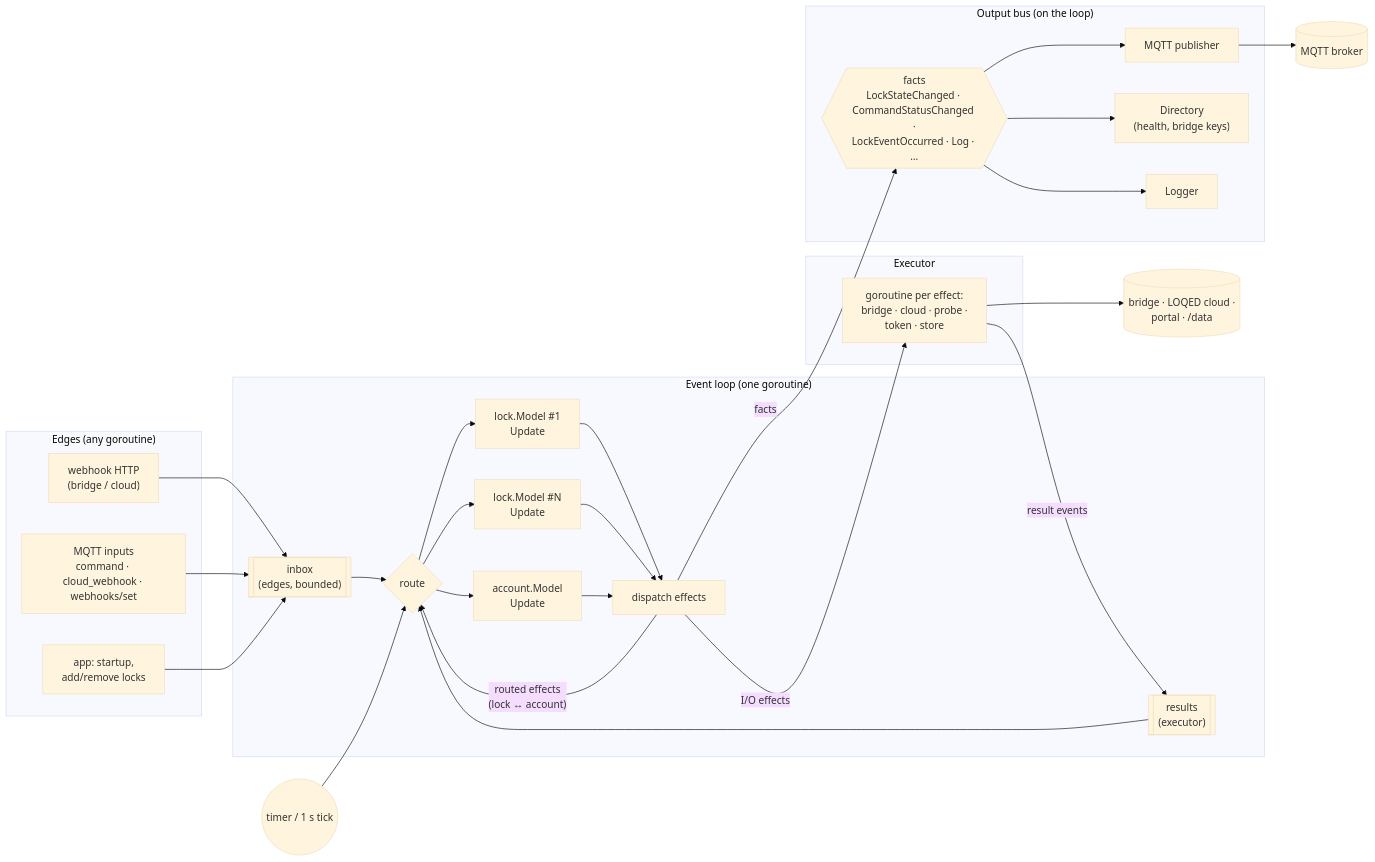
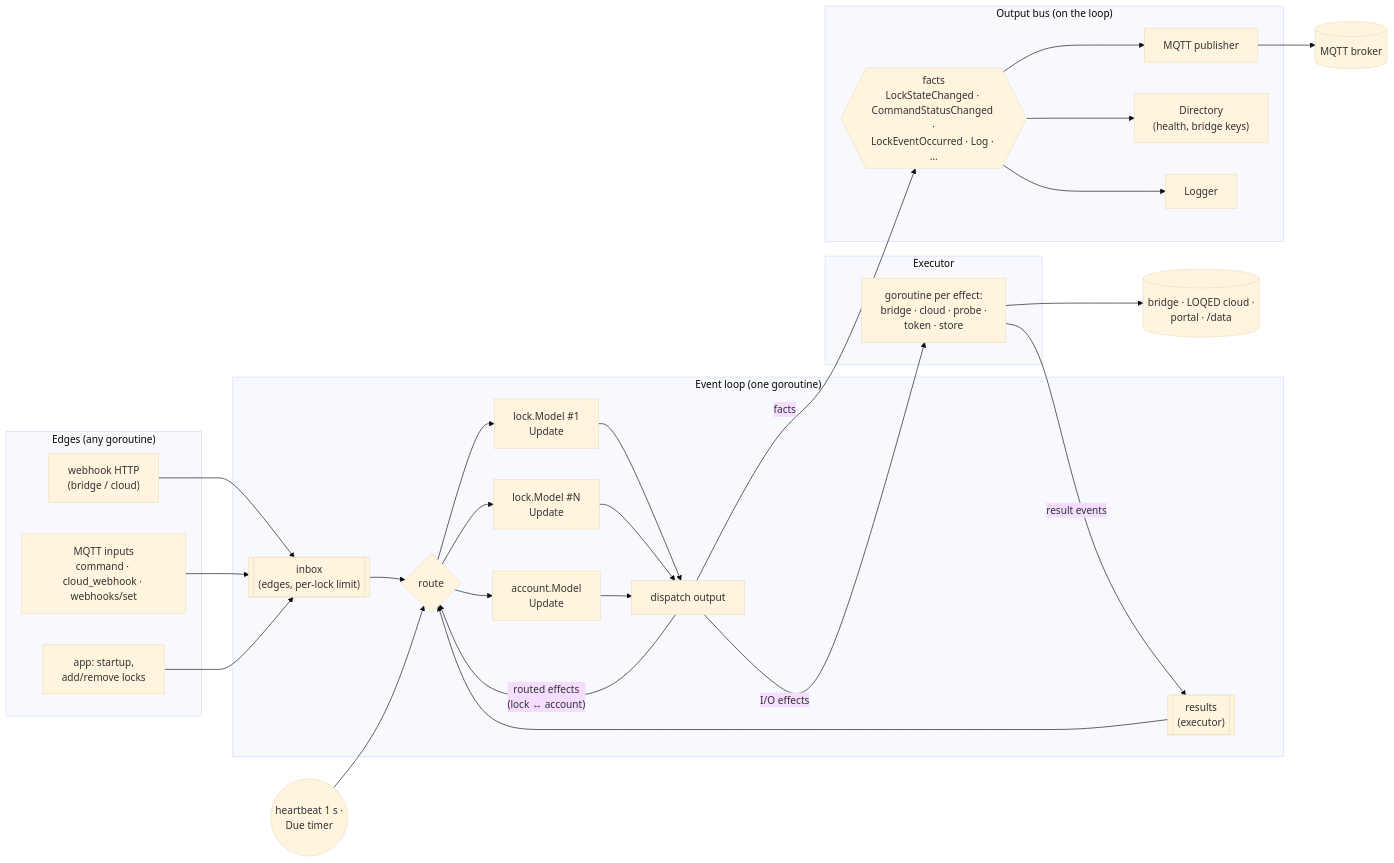
The first of 5 diagrams in docs/superpowers/specs/2026-10-10-elm-architecture-design.md (t3hk0d3/go-loqed), drawn with Mermaid (base theme) before and after one commit. The commit also changed other lines of this file, not shown here.

````diff
--- a/docs/superpowers/specs/2026-10-10-elm-architecture-design.md
+++ b/docs/superpowers/specs/2026-10-10-elm-architecture-design.md
@@ -35,45 +35,45 @@
 ```mermaid
 flowchart LR
     subgraph Edges["Edges (any goroutine)"]
         HTTP["webhook HTTP<br/>(bridge / cloud)"]
         MQ["MQTT inputs<br/>command · cloud_webhook · webhooks/set"]
         APP["app: startup,<br/>add/remove locks"]
     end
 
     subgraph Loop["Event loop (one goroutine)"]
-        IN[["inbox<br/>(edges, bounded)"]]
+        IN[["inbox<br/>(edges, per-lock limit)"]]
         RES[["results<br/>(executor)"]]
         R{"route"}
         L1["lock.Model #1<br/>Update"]
         L2["lock.Model #N<br/>Update"]
         A["account.Model<br/>Update"]
-        D["dispatch effects"]
+        D["dispatch output"]
     end
 
     subgraph Bus["Output bus (on the loop)"]
         F{{"facts<br/>LockStateChanged · CommandStatusChanged ·<br/>LockEventOccurred · Log · …"}}
         SM["MQTT publisher"]
         SD["Directory<br/>(health, bridge keys)"]
         SL["Logger"]
     end
 
     subgraph Exec["Executor"]
         GO["goroutine per effect:<br/>bridge · cloud · probe ·<br/>token · store"]
     end
 
     HTTP --> IN
     MQ --> IN
     APP --> IN
     IN --> R
     RES --> R
-    T(("timer / 1 s tick")) --> R
+    T(("heartbeat 1 s ·<br/>Due timer")) --> R
     R --> L1 & L2 & A
     L1 & L2 & A --> D
     D -- "routed effects<br/>(lock ↔ account)" --> R
     D -- "facts" --> F
     F --> SM & SD & SL
     D -- "I/O effects" --> GO
     GO -- "result events" --> RES
     SM --> BROKER[("MQTT broker")]
     GO --> NET[("bridge · LOQED cloud ·<br/>portal · /data")]
 ```
````
